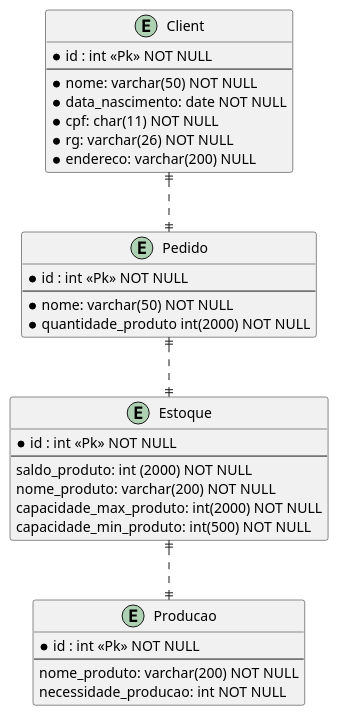
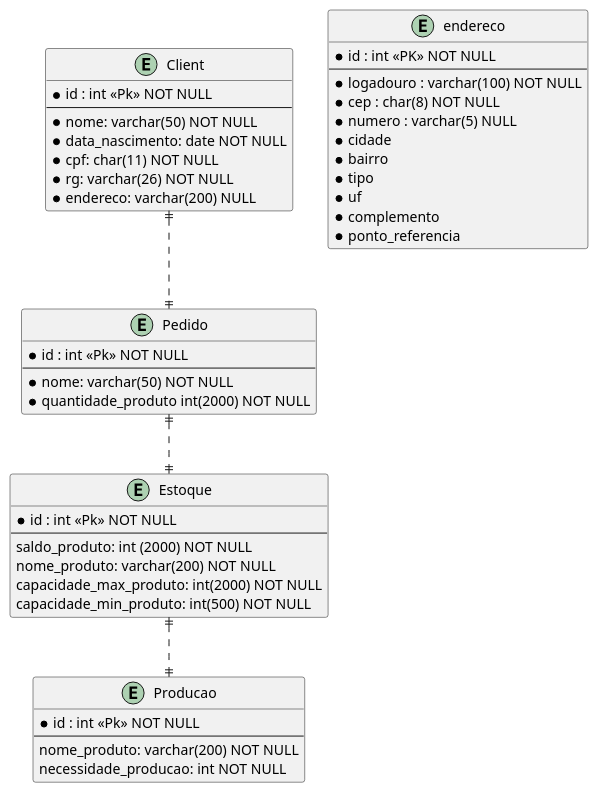
One commit to Hanter-byte/DataBase-2022 changed the diagram in docs/sala_system copy.puml. Above: the diagram before and after it, drawn with PlantUML.

```diff
--- a/docs/sala_system copy.puml
+++ b/docs/sala_system copy.puml
@@ -1,40 +1,54 @@
 @startuml
 
 entity Client {
     *id : int <<Pk>> NOT NULL
     --
     *nome: varchar(50) NOT NULL
     *data_nascimento: date NOT NULL
     *cpf: char(11) NOT NULL
     *rg: varchar(26) NOT NULL
     *endereco: varchar(200) NULL
+}
+
+entity endereco {
+    *id : int <<PK>> NOT NULL
+    --
+    *logadouro : varchar(100) NOT NULL
+    *cep : char(8) NOT NULL
+    *numero : varchar(5) NULL
+    *cidade
+    *bairro
+    *tipo
+    *uf
+    *complemento
+    *ponto_referencia
 }
 
 entity Pedido{
     *id : int <<Pk>> NOT NULL
     --
     *nome: varchar(50) NOT NULL
     *quantidade_produto int(2000) NOT NULL
 }
 
 entity Estoque{
     *id : int <<Pk>> NOT NULL
     --
     saldo_produto: int (2000) NOT NULL
     nome_produto: varchar(200) NOT NULL
     capacidade_max_produto: int(2000) NOT NULL
     capacidade_min_produto: int(500) NOT NULL
 }
 
 entity Producao{
     *id : int <<Pk>> NOT NULL
     --
     nome_produto: varchar(200) NOT NULL
     necessidade_producao: int NOT NULL
 }
 
 Client ||..|| Pedido
 Pedido ||..|| Estoque
 Estoque ||..|| Producao
 
 @enduml
```
